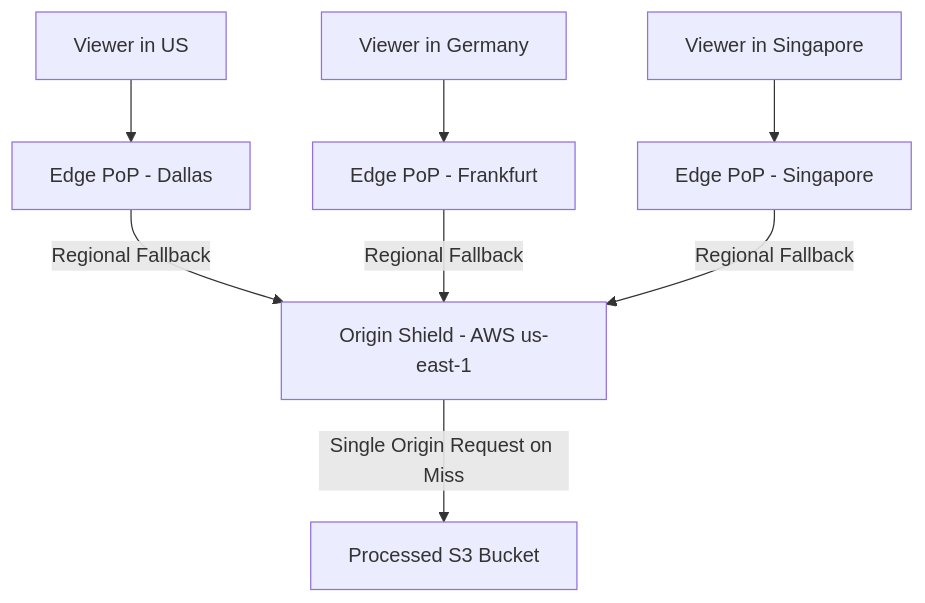
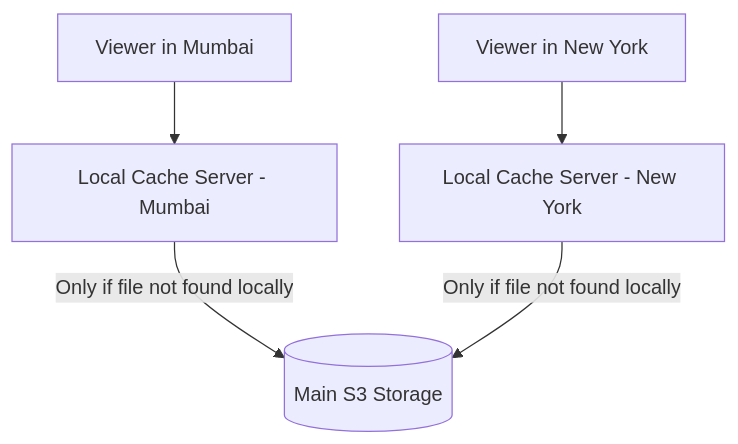
Before and after one commit to Rumman90/system-design-video-streaming: the diagram in docs/cdn_and_caching_strategy.md, drawn with Mermaid. The commit also changed other lines of this file and 9 other files, not shown here.

````diff
--- a/docs/cdn_and_caching_strategy.md
+++ b/docs/cdn_and_caching_strategy.md
@@ -9,9 +17,7 @@
 ```mermaid
 flowchart TD
-    ViewerUS[Viewer in US] --> PoPUS[Edge PoP - Dallas]
-    ViewerEU[Viewer in Germany] --> PoPEU[Edge PoP - Frankfurt]
-    ViewerAsia[Viewer in Singapore] --> PoPAsia[Edge PoP - Singapore]
-
-    PoPUS & PoPEU & PoPAsia -->|Regional Fallback| Shield[Origin Shield - AWS us-east-1]
-    Shield -->|Single Origin Request on Miss| S3[Processed S3 Bucket]
+    ViewerIndia[Viewer in Mumbai] --> CacheIndia[Local Cache Server - Mumbai]
+    ViewerUSA[Viewer in New York] --> CacheUSA[Local Cache Server - New York]
+    
+    CacheIndia & CacheUSA -->|Only if file not found locally| CentralStorage[(Main S3 Storage)]
 ```
````
